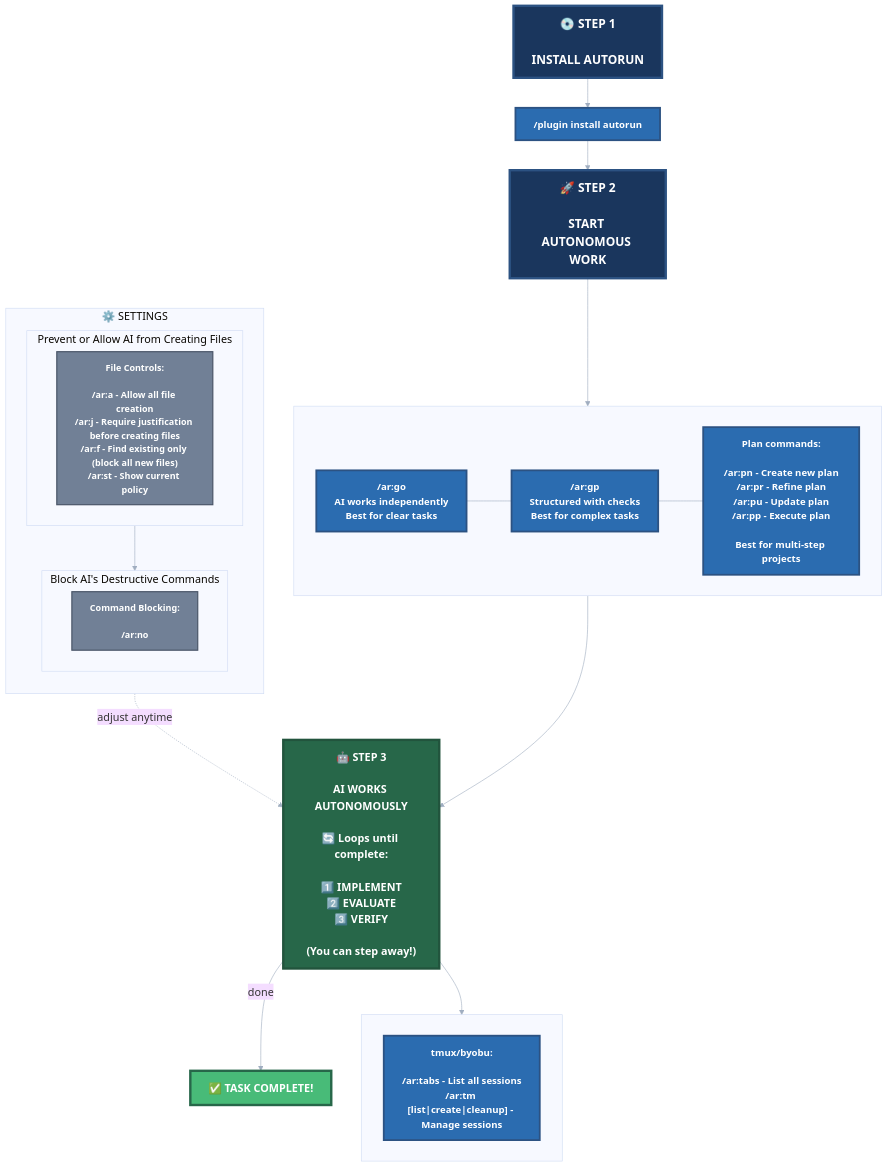
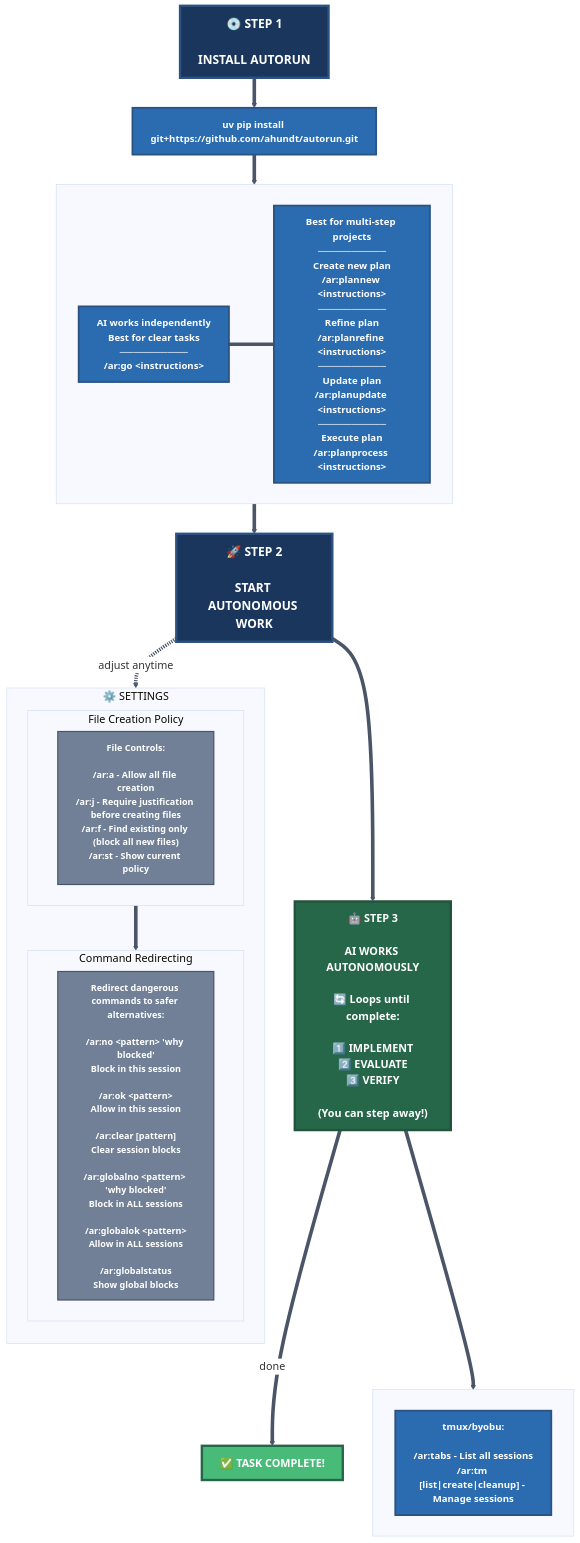
One commit to ahundt/autorun changed the diagram in autorun-architecture.mmd. Above: the diagram before and after it, drawn with Mermaid. The commit also changed 3 other files, not shown here.

First line of the commit message:
autorun-architecture.mmd,.png,.svg: fix install command, titles, layout, and line thickness

```diff
--- a/autorun-architecture.mmd
+++ b/autorun-architecture.mmd
@@ -1,85 +1,85 @@
-%%{init: {'theme': 'base', 'themeVariables': { 'fontSize': '18px', 'fontFamily': 'Arial', 'maxTextWidth': 300, 'subgraphBkg': '#f7fafc', 'lineColor': '#a0aec0'}}}%%
+%%{init: {'theme': 'base', 'themeVariables': { 'fontSize': '18px', 'fontFamily': 'Arial', 'maxTextWidth': 300, 'subgraphBkg': '#f7fafc', 'lineColor': '#4a5568', 'edgeLabelBackground': '#ffffff'}}}%%
 flowchart TD
     %% ========================================
     %%  STYLING
     %% ========================================
     classDef stepBox fill:#1a365d,stroke:#2c5282,stroke-width:4px,color:#fff,font-size:20px,font-weight:bold;
     classDef choiceBox fill:#2b6cb0,stroke:#2c5282,stroke-width:3px,color:#fff,font-size:16px,font-weight:bold;
     classDef aiBox fill:#276749,stroke:#22543d,stroke-width:4px,color:#fff,font-size:18px,font-weight:bold;
     classDef guardBox fill:#c53030,stroke:#742a2a,stroke-width:3px,color:#fff,font-size:14px,font-weight:bold;
     classDef safeBox fill:#ed8936,stroke:#c05621,stroke-width:3px,color:#fff,font-size:16px,font-weight:bold;
     classDef doneBox fill:#48bb78,stroke:#276749,stroke-width:4px,color:#fff,font-size:18px,font-weight:bold;
     classDef settingBox fill:#718096,stroke:#4a5568,stroke-width:2px,color:#fff,font-size:15px,font-weight:bold;
     classDef settingsPanel fill:#e2e8f0,stroke:#a0aec0,stroke-width:2px,color:#2d3748,font-size:15px,font-weight:bold;
 
     %% ========================================
     %%  STEP 1: INSTALL
     %% ========================================
     INSTALL["💿 STEP 1<br/><br/>INSTALL AUTORUN"]:::stepBox
-    INSTALL_CMD["/plugin install autorun"]:::choiceBox
+    INSTALL_CMD["uv pip install git+https://github.com/ahundt/autorun.git"]:::choiceBox
 
     %% ========================================
     %%  SETTINGS PANEL (Always available)
     %% ========================================
     subgraph SETTINGS["⚙️ SETTINGS"]
         direction TB
 
-        subgraph FILE_SET["Prevent or Allow AI from Creating Files"]
+        subgraph FILE_SET["File Creation Policy"]
             F1["<b>File Controls:</b><br/><br/>/ar:a - Allow all file creation<br/>/ar:j - Require justification before creating files<br/>/ar:f - Find existing only (block all new files)<br/>/ar:st - Show current policy"]:::settingBox
         end
 
         FILE_SET --> BLOCK_SET
 
-        subgraph BLOCK_SET["Block AI's Destructive Commands"]
+        subgraph BLOCK_SET["Command Redirecting"]
             direction LR
-            B1["<b>Command Blocking:</b><br/><br/>/ar:no <pattern> 'why blocked'<br/>Block in this session<br/><br/>/ar:ok <pattern><br/>Allow in this session<br/><br/>/ar:clear [pattern]<br/>Clear session blocks<br/><br/>/ar:globalno <pattern> 'why blocked'<br/>Block in ALL sessions<br/><br/>/ar:globalok <pattern><br/>Allow in ALL sessions<br/><br/>/ar:globalstatus<br/>Show global blocks"]:::settingBox
+            B1["<b>Redirect dangerous commands to safer alternatives:</b><br/><br/>/ar:no &lt;pattern&gt; 'why blocked'<br/>Block in this session<br/><br/>/ar:ok &lt;pattern&gt;<br/>Allow in this session<br/><br/>/ar:clear [pattern]<br/>Clear session blocks<br/><br/>/ar:globalno &lt;pattern&gt; 'why blocked'<br/>Block in ALL sessions<br/><br/>/ar:globalok &lt;pattern&gt;<br/>Allow in ALL sessions<br/><br/>/ar:globalstatus<br/>Show global blocks"]:::settingBox
         end
     end
 
     %% ========================================
-    %%  STEP 2: START AUTONOMOUS WORK
+    %%  STEP 2: CHOOSE HOW AI WORKS
     %% ========================================
-    WORKFLOW["🚀 STEP 2<br/><br/>START AUTONOMOUS WORK"]:::stepBox
-
     subgraph WORKFLOW_OPTIONS[" "]
         direction LR
-        W1["/ar:go <task><br/>AI works independently<br/>Best for clear tasks"]:::choiceBox
+        W1["AI works independently<br/>Best for clear tasks<br/>──────────<br/>/ar:go &lt;instructions&gt;"]:::choiceBox
 
-        W2["/ar:gp <task><br/>Structured with checks<br/>Best for complex tasks"]:::choiceBox
+        W2["Best for multi-step projects<br/>──────────<br/>Create new plan<br/>/ar:plannew &lt;instructions&gt;<br/>──────────<br/>Refine plan<br/>/ar:planrefine &lt;instructions&gt;<br/>──────────<br/>Update plan<br/>/ar:planupdate &lt;instructions&gt;<br/>──────────<br/>Execute plan<br/>/ar:planprocess &lt;instructions&gt;"]:::choiceBox
 
-        W3["Plan commands:<br/><br/>/ar:pn - Create new plan<br/>/ar:pr - Refine plan<br/>/ar:pu - Update plan<br/>/ar:pp - Execute plan<br/><br/>Best for multi-step projects"]:::choiceBox
+        W1 --- W2
+    end
 
-        W1 --- W2 --- W3
-    end
+    WORKFLOW["🚀 STEP 2<br/><br/>START AUTONOMOUS WORK"]:::stepBox
 
     %% ========================================
     %%  STEP 3: AI WORKS
     %% ========================================
     AI_ENGINE["🤖 STEP 3<br/><br/>AI WORKS AUTONOMOUSLY<br/><br/>🔄 Loops until complete:<br/><br/>1️⃣ IMPLEMENT<br/>2️⃣ EVALUATE<br/>3️⃣ VERIFY<br/><br/>(You can step away!)"]:::aiBox
 
     %% ========================================
     %%  MONITOR & CONTROL (Optional)
     %% ========================================
     subgraph CONTROL_OPTIONS[" "]
         direction LR
         C1["<b>tmux/byobu:</b><br/><br/>/ar:tabs - List all sessions<br/>/ar:tm [list|create|cleanup] - Manage sessions"]:::choiceBox
     end
 
     %% ========================================
     %%  COMPLETE
     %% ========================================
     COMPLETE["✅ TASK COMPLETE!"]:::doneBox
 
     %% ========================================
     %%  FLOW
     %% ========================================
     INSTALL --> INSTALL_CMD
-    INSTALL_CMD --> WORKFLOW
+    INSTALL_CMD --> WORKFLOW_OPTIONS
 
-    SETTINGS -.->|"adjust anytime"| AI_ENGINE
-
-    WORKFLOW --> WORKFLOW_OPTIONS
-    WORKFLOW_OPTIONS --> AI_ENGINE
+    WORKFLOW_OPTIONS --> WORKFLOW
+    WORKFLOW --> AI_ENGINE
+    WORKFLOW -.->|"adjust anytime"| SETTINGS
 
     AI_ENGINE --> CONTROL_OPTIONS
     AI_ENGINE -->|"done"| COMPLETE
+
+    %% Make all connector lines thicker
+    linkStyle default stroke-width:6px
```
